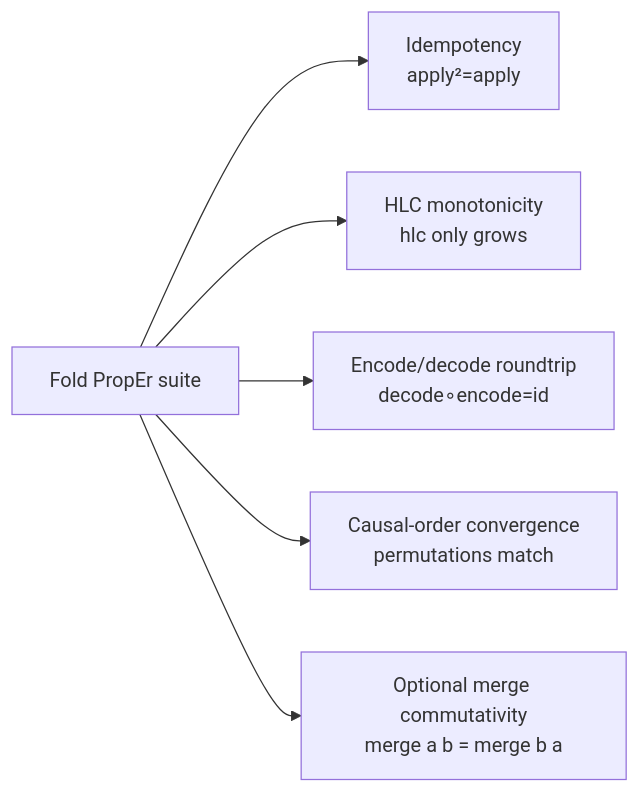
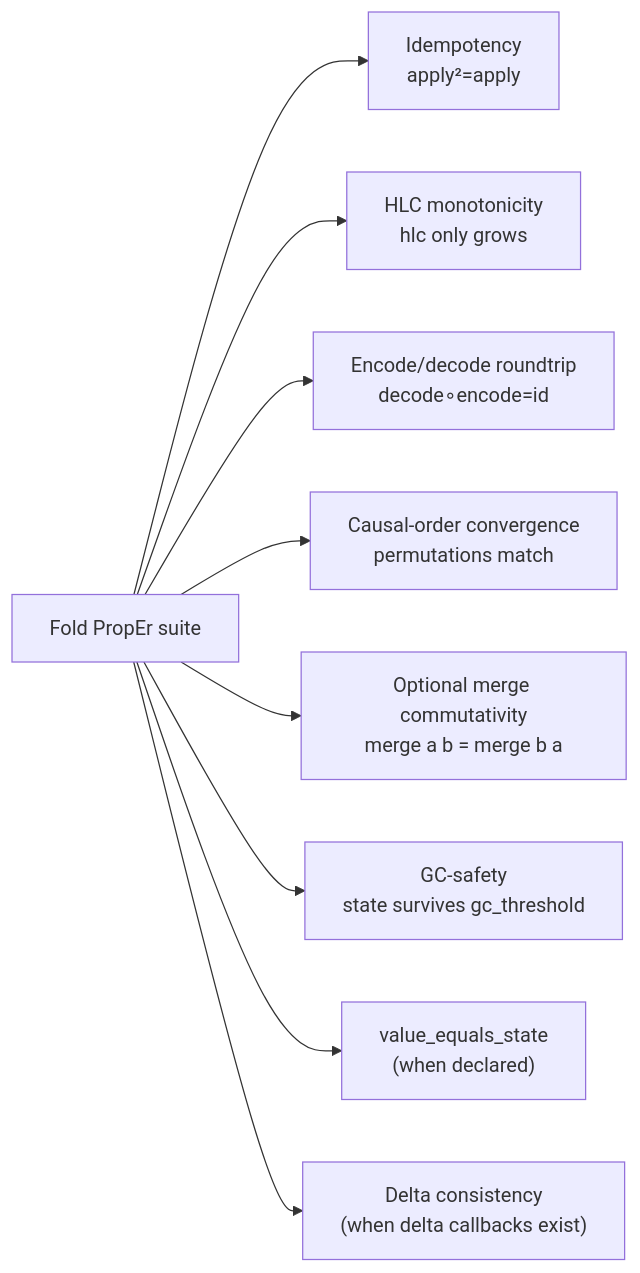
One commit to bondy-io/bondy_mst changed diagram 17 of 17 in doc_extras/architecture/05_fold_strategies.md. Above: the diagram before and after it, drawn with Mermaid. The commit also changed other lines of this file and 126 other files, not shown here.

````diff
--- a/doc_extras/architecture/05_fold_strategies.md
+++ b/doc_extras/architecture/05_fold_strategies.md
@@ -359,14 +556,20 @@
 ```mermaid
 flowchart LR
     P1["Idempotency<br/>apply²=apply"]
     P2["HLC monotonicity<br/>hlc only grows"]
     P3["Encode/decode roundtrip<br/>decode∘encode=id"]
     P4["Causal-order convergence<br/>permutations match"]
     P5["Optional merge commutativity<br/>merge a b = merge b a"]
+    P6["GC-safety<br/>state survives gc_threshold"]
+    P7["value_equals_state<br/>(when declared)"]
+    P8["Delta consistency<br/>(when delta callbacks exist)"]
 
     SUITE[Fold PropEr suite] --> P1
     SUITE --> P2
     SUITE --> P3
     SUITE --> P4
     SUITE --> P5
+    SUITE --> P6
+    SUITE --> P7
+    SUITE --> P8
 ```
````
